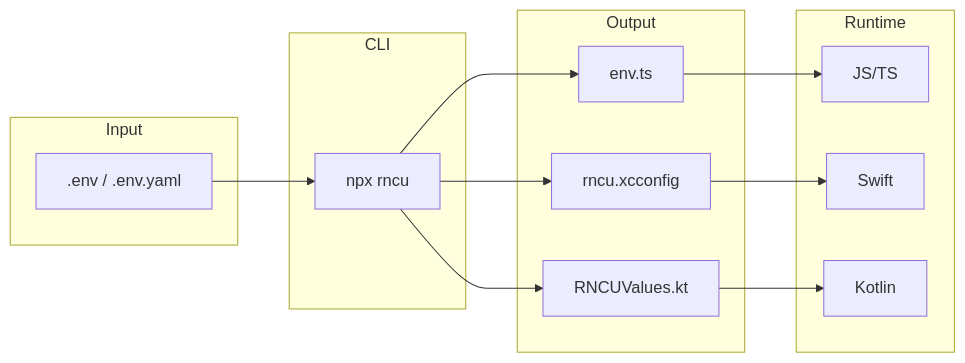
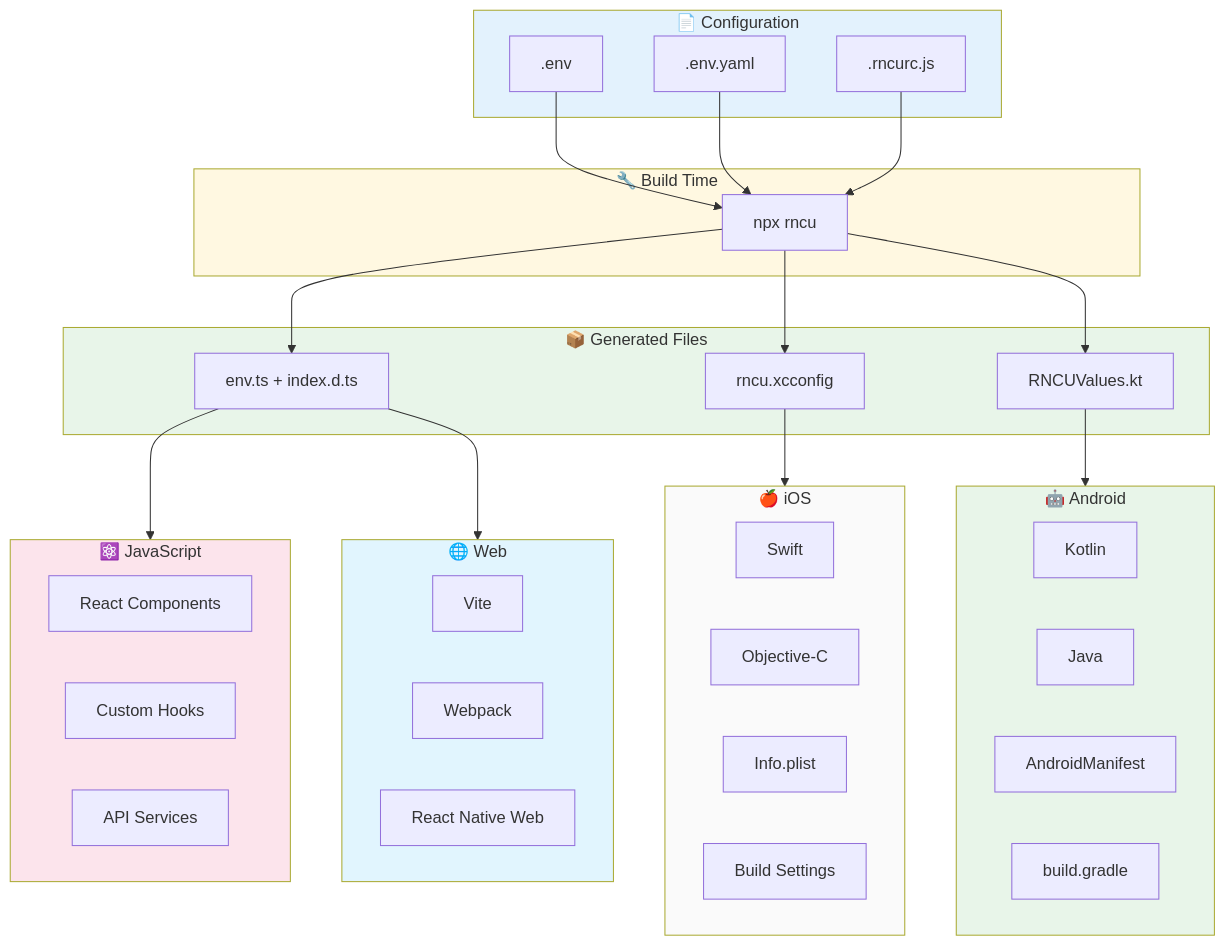
The diagram in README.md (javier545dev/react-native-config-ultimate), drawn with Mermaid before and after one commit. The commit also changed other lines of this file and 1 other file, not shown here.

Commit message:
docs: improve Mermaid diagrams with technology stack and usage flow
- Expand README diagram to show all platforms (iOS, Android, Web, JS)
- Add Technology Stack diagram showing supported frameworks and languages
- Show complete ecosystem: React Native, Expo, Vite, Webpack, Swift, Kotlin
- Highlight both Old and New Architecture support

````diff
--- a/README.md
+++ b/README.md
@@ -282,27 +282,66 @@
 ```mermaid
-flowchart LR
-    subgraph Input
-        ENV[".env / .env.yaml"]
+flowchart TB
+    subgraph Config["📄 Configuration"]
+        ENV[".env"]
+        YAML[".env.yaml"]
+        SCHEMA[".rncurc.js"]
     end
 
-    subgraph CLI
-        RNCU["npx rncu"]
+    subgraph Build["🔧 Build Time"]
+        CLI["npx rncu"]
     end
 
-    subgraph Output
-        TS["env.ts"]
-        IOS["rncu.xcconfig"]
-        ANDROID["RNCUValues.kt"]
+    subgraph Generated["📦 Generated Files"]
+        TS["env.ts + index.d.ts"]
+        XCCONFIG["rncu.xcconfig"]
+        KT["RNCUValues.kt"]
     end
 
-    subgraph Runtime
-        JS["JS/TS"]
+    subgraph iOS["🍎 iOS"]
         SWIFT["Swift"]
-        KOTLIN["Kotlin"]
+        OBJC["Objective-C"]
+        PLIST["Info.plist"]
+        XCODE["Build Settings"]
     end
 
-    ENV --> RNCU
-    RNCU --> TS --> JS
-    RNCU --> IOS --> SWIFT
-    RNCU --> ANDROID --> KOTLIN
+    subgraph Android["🤖 Android"]
+        KOTLIN["Kotlin"]
+        JAVA["Java"]
+        MANIFEST["AndroidManifest"]
+        GRADLE["build.gradle"]
+    end
+
+    subgraph Web["🌐 Web"]
+        VITE["Vite"]
+        WEBPACK["Webpack"]
+        RNW["React Native Web"]
+    end
+
+    subgraph JS["⚛️ JavaScript"]
+        REACT["React Components"]
+        HOOKS["Custom Hooks"]
+        SERVICES["API Services"]
+    end
+
+    ENV --> CLI
+    YAML --> CLI
+    SCHEMA --> CLI
+
+    CLI --> TS
+    CLI --> XCCONFIG
+    CLI --> KT
+
+    TS --> JS
+    TS --> Web
+
+    XCCONFIG --> iOS
+    KT --> Android
+
+    style Config fill:#e3f2fd
+    style Build fill:#fff8e1
+    style Generated fill:#e8f5e9
+    style iOS fill:#fafafa
+    style Android fill:#e8f5e9
+    style Web fill:#e1f5fe
+    style JS fill:#fce4ec
 ```
````
